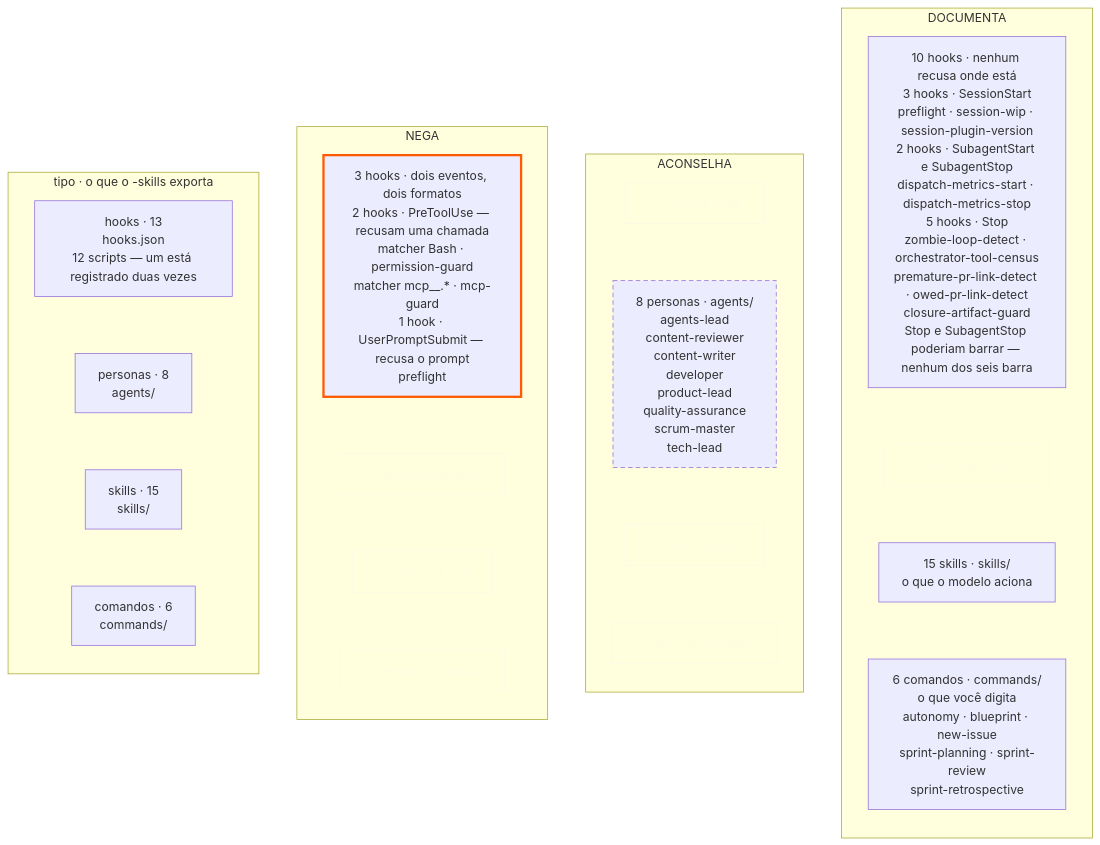
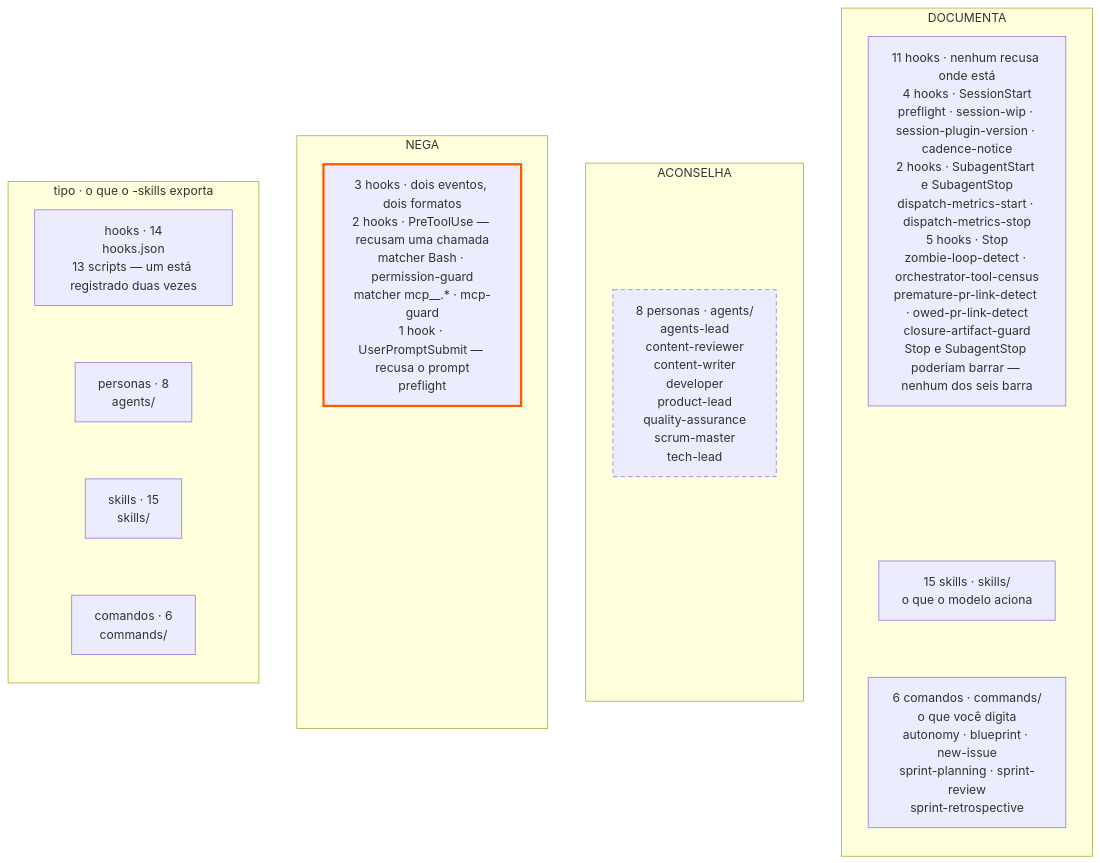
The third of 3 diagrams in apps/fed/src/content/architecture.pt.md (tedeuxx/tadeumendonca-io), drawn with Mermaid before and after one commit. The commit also changed other lines of this file and 4 other files, not shown here.

````diff
--- a/apps/fed/src/content/architecture.pt.md
+++ b/apps/fed/src/content/architecture.pt.md
@@ -191,49 +191,49 @@
 ```mermaid
 flowchart LR
   accTitle: Do que o harness é feito
-  accDescr: A afirmação vem primeiro, porque é pra ela que a grade existe. De tudo que o plugin exporta, exatamente um tipo consegue recusar: só os hooks RECUSAM, e só em dois dos seis eventos em que eles se registram. As personas ACONSELHAM, e as skills e os comandos só DOCUMENTAM. Quatro tipos contra três classes de força dá doze células; cinco têm conteúdo e sete estão vazias, e as sete vazias são o argumento. Agora o inventário de onde a afirmação é lida. As raias são os 13 registros de hook no hooks.json, escritos por 12 scripts porque o preflight está registrado duas vezes; as 8 personas do diretório agents; as 15 skills do diretório skills; e os 6 comandos do diretório commands. Na coluna que nega há uma célula só, e ela tem 3 registros em dois eventos de formatos diferentes: o permission-guard no matcher Bash e o mcp-guard no matcher das ferramentas MCP, os dois no PreToolUse, que recusam uma chamada de ferramenta antes dela rodar; e o preflight no UserPromptSubmit, que recusa o próprio prompt, antes do turno começar. Persona, skill e comando não têm célula nenhuma ali. Na coluna do meio também há uma só: as 8 personas — agents-lead, content-reviewer, content-writer, developer, product-lead, quality-assurance, scrum-master e tech-lead — que ACONSELHAM, e isso é uma afirmação sobre o julgamento delas, não sobre a cadeira, porque uma lente que ninguém aciona falha em silêncio. A terceira coluna, a dos componentes que só DOCUMENTAM, tem três células: as 15 skills, que é o que o modelo aciona sozinho; os 6 comandos, que é o que uma pessoa digita; e os outros 10 registros de hook — 3 no SessionStart, 2 no SubagentStart e no SubagentStop, e 5 no Stop. Lidas as duas colunas juntas, o preflight aparece nas duas, porque está registrado duas vezes com uma classe diferente em cada evento, e é isso que significa o desenho ser derivado e não desenhado: ninguém escrevendo à mão desenharia um script em duas colunas da mesma grade.
+  accDescr: A afirmação vem primeiro, porque é pra ela que a grade existe. De tudo que o plugin exporta, exatamente um tipo consegue recusar: só os hooks RECUSAM, e só em dois dos seis eventos em que eles se registram. As personas ACONSELHAM, e as skills e os comandos só DOCUMENTAM. Quatro tipos contra três classes de força dá doze células; cinco têm conteúdo e sete estão vazias, e as sete vazias são o argumento. Agora o inventário de onde a afirmação é lida. As raias são os 14 registros de hook no hooks.json, escritos por 13 scripts porque o preflight está registrado duas vezes; as 8 personas do diretório agents; as 15 skills do diretório skills; e os 6 comandos do diretório commands. Na coluna que nega há uma célula só, e ela tem 3 registros em dois eventos de formatos diferentes: o permission-guard no matcher Bash e o mcp-guard no matcher das ferramentas MCP, os dois no PreToolUse, que recusam uma chamada de ferramenta antes dela rodar; e o preflight no UserPromptSubmit, que recusa o próprio prompt, antes do turno começar. Persona, skill e comando não têm célula nenhuma ali. Na coluna do meio também há uma só: as 8 personas — agents-lead, content-reviewer, content-writer, developer, product-lead, quality-assurance, scrum-master e tech-lead — que ACONSELHAM, e isso é uma afirmação sobre o julgamento delas, não sobre a cadeira, porque uma lente que ninguém aciona falha em silêncio. A terceira coluna, a dos componentes que só DOCUMENTAM, tem três células: as 15 skills, que é o que o modelo aciona sozinho; os 6 comandos, que é o que uma pessoa digita; e os outros 11 registros de hook — 4 no SessionStart, 2 no SubagentStart e no SubagentStop, e 5 no Stop. Lidas as duas colunas juntas, o preflight aparece nas duas, porque está registrado duas vezes com uma classe diferente em cada evento, e é isso que significa o desenho ser derivado e não desenhado: ninguém escrevendo à mão desenharia um script em duas colunas da mesma grade.
   subgraph LANE["tipo · o que o -skills exporta"]
     direction TB
-    LH["hooks · 13<br/>hooks.json<br/>12 scripts — um está registrado duas vezes"]
+    LH["hooks · 14<br/>hooks.json<br/>13 scripts — um está registrado duas vezes"]
     LP["personas · 8<br/>agents/"]
     LS["skills · 15<br/>skills/"]
     LC["comandos · 6<br/>commands/"]
     LH ~~~ LP ~~~ LS ~~~ LC
   end
   subgraph COLD["NEGA"]
     direction TB
     HKD["3 hooks · dois eventos, dois formatos<br/>2 hooks · PreToolUse — recusam uma chamada<br/>matcher Bash · permission-guard<br/>matcher mcp__.* · mcp-guard<br/>1 hook · UserPromptSubmit — recusa o prompt<br/>preflight"]
     PSD["— nenhuma persona"]
     SKD["— nenhuma skill"]
     CMD["— nenhum comando"]
     HKD ~~~ PSD ~~~ SKD ~~~ CMD
   end
   subgraph COLA["ACONSELHA"]
     direction TB
     HKA["— nenhum hook"]
     PS["8 personas · agents/<br/>agents-lead<br/>content-reviewer<br/>content-writer<br/>developer<br/>product-lead<br/>quality-assurance<br/>scrum-master<br/>tech-lead"]
     SKA["— nenhuma skill"]
     CMA["— nenhum comando"]
     HKA ~~~ PS ~~~ SKA ~~~ CMA
   end
   subgraph COLO["DOCUMENTA"]
     direction TB
-    HKR["10 hooks · nenhum recusa onde está<br/>3 hooks · SessionStart<br/>preflight · session-wip · session-plugin-version<br/>2 hooks · SubagentStart e SubagentStop<br/>dispatch-metrics-start · dispatch-metrics-stop<br/>5 hooks · Stop<br/>zombie-loop-detect · orchestrator-tool-census<br/>premature-pr-link-detect · owed-pr-link-detect<br/>closure-artifact-guard<br/>Stop e SubagentStop poderiam barrar — nenhum dos seis barra"]
+    HKR["11 hooks · nenhum recusa onde está<br/>4 hooks · SessionStart<br/>preflight · session-wip · session-plugin-version · cadence-notice<br/>2 hooks · SubagentStart e SubagentStop<br/>dispatch-metrics-start · dispatch-metrics-stop<br/>5 hooks · Stop<br/>zombie-loop-detect · orchestrator-tool-census<br/>premature-pr-link-detect · owed-pr-link-detect<br/>closure-artifact-guard<br/>Stop e SubagentStop poderiam barrar — nenhum dos seis barra"]
     PSO["— nenhuma persona"]
     SK["15 skills · skills/<br/>o que o modelo aciona"]
     CM["6 comandos · commands/<br/>o que você digita<br/>autonomy · blueprint · new-issue<br/>sprint-planning · sprint-review<br/>sprint-retrospective"]
     HKR ~~~ PSO ~~~ SK ~~~ CM
   end
   LANE ~~~ COLD ~~~ COLA ~~~ COLO
   classDef mechanism stroke:#FF5A00,stroke-width:3px
   classDef convention stroke-dasharray:6 4
   %% `vazia` nunca pode usar #FF5A00 nem stroke-dasharray: o teste conta exatamente uma caixa na cor de
   %% destaque (o mecanismo) e exatamente uma tracejada (a convenção) no SVG compilado, e qualquer um dos
   %% dois aqui faria sete células vazias afirmarem uma força que elas não têm. E tem de ficar dentro das
   %% três cores do ADR-0008 — o primeiro rascunho apagava essas células com #555555/#888888 e o gate de
   %% paleta pegou isso nas duas edições. Aqui uma célula recua por opacidade; um quarto cinza não existe.
   classDef vazia fill:none,stroke:#F5F4EF,color:#F5F4EF,opacity:0.45
   class HKD mechanism
   class PS convention
   class PSD,SKD,CMD,HKA,SKA,CMA,PSO vazia
 ```
````
